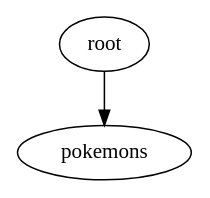
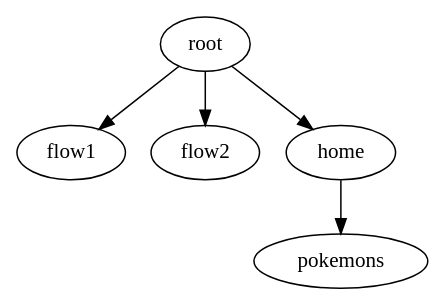
The diagram in shared/module_graph/modules.dot (MobileUpLLC/MobileUp-KMM-Template), drawn with Graphviz before and after one commit. The commit also changed 62 other files, not shown here.

```diff
--- a/shared/module_graph/modules.dot
+++ b/shared/module_graph/modules.dot
@@ -1,5 +1,11 @@
 digraph {
+flow1
+flow2
+home
 pokemons
 root
-root -> pokemons
+home -> pokemons
+root -> flow1
+root -> flow2
+root -> home
 }
```
